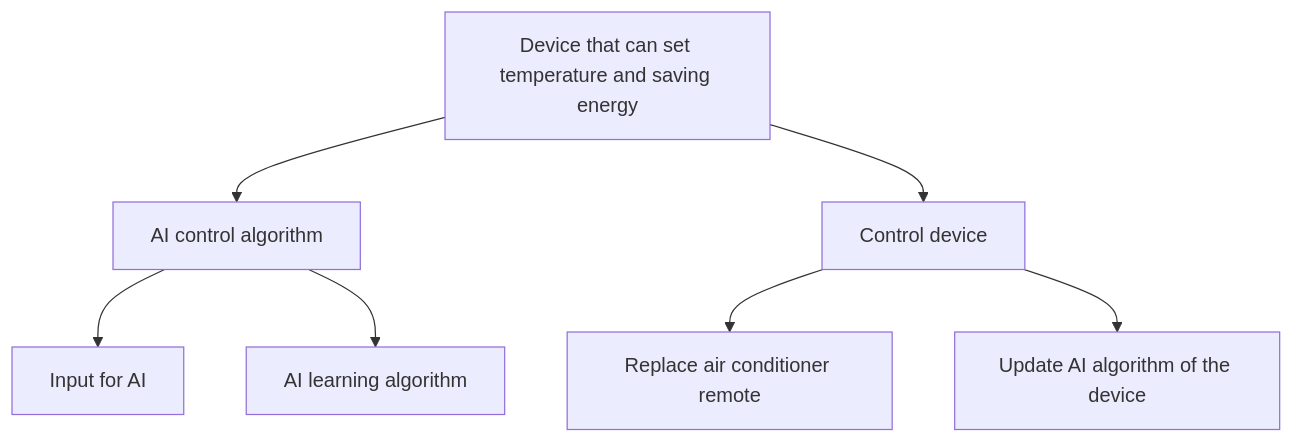
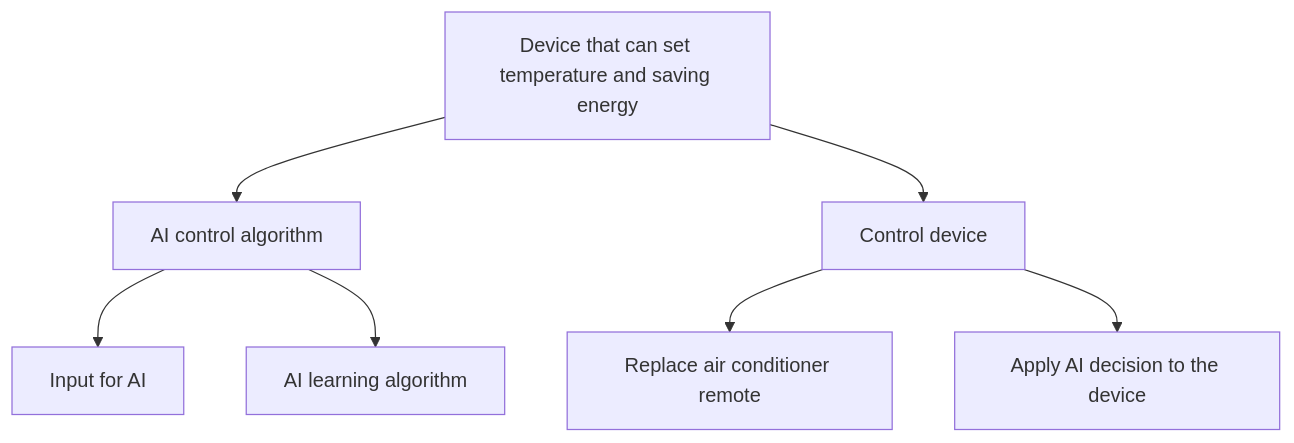
One commit to eddylau328/fyp-artificial-intelligence-ac-control-device changed the first of 5 diagrams in README.md. Above: the diagram before and after it, drawn with Mermaid. The commit also changed other lines of this file, not shown here.

````diff
--- a/README.md
+++ b/README.md
@@ -14,11 +14,11 @@
 ```mermaid
 graph TD;
     a["Device that can set temperature and saving energy"]-->b1["AI control algorithm"];
     a-->b2["Control device"];
     
     b1-->c1["Input for AI"];
     b1-->c2["AI learning algorithm"];
     b2-->c3["Replace air conditioner remote"];
-    b2-->c4["Update AI algorithm of the device"];
+    b2-->c4["Apply AI decision to the device"];
 
 ```
````
